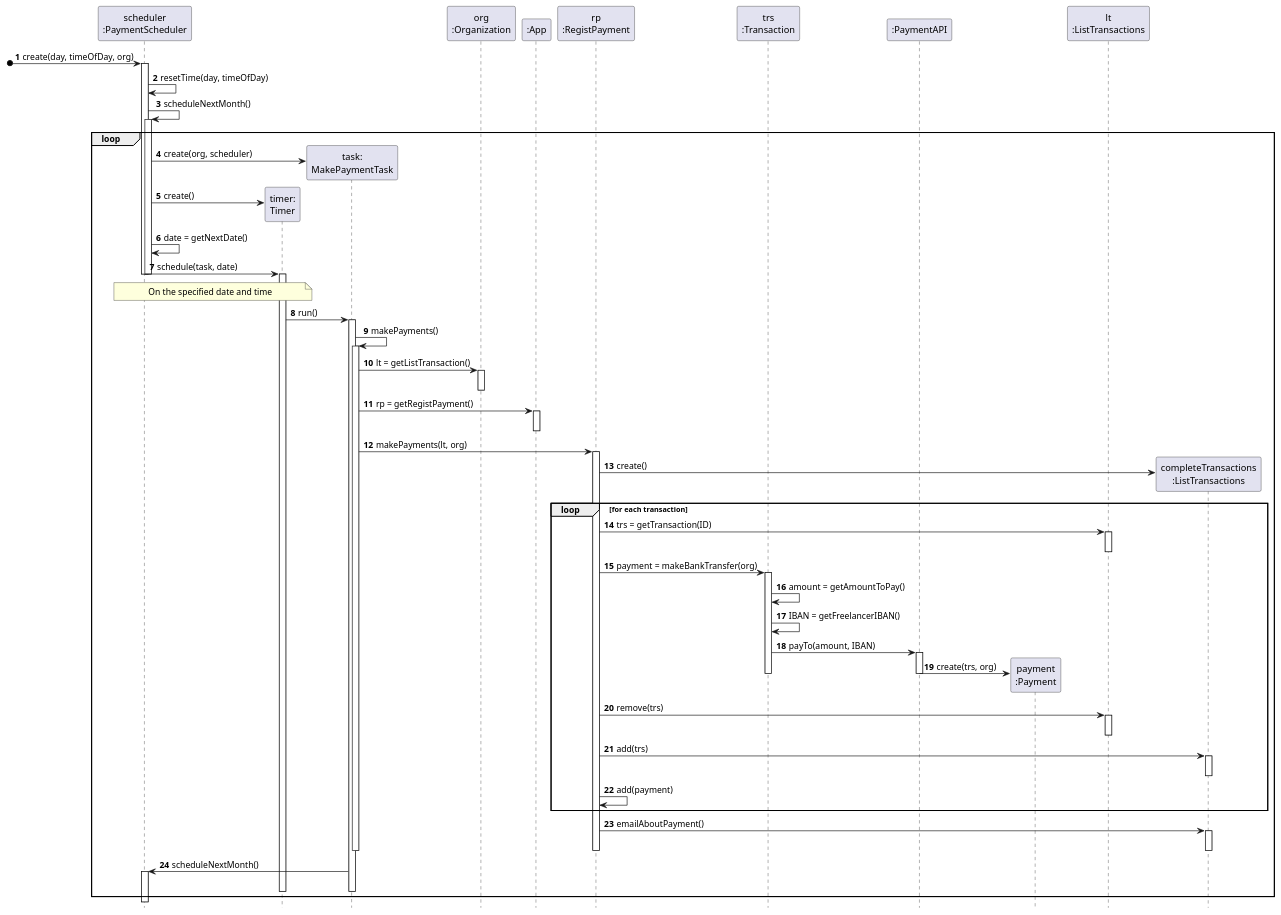
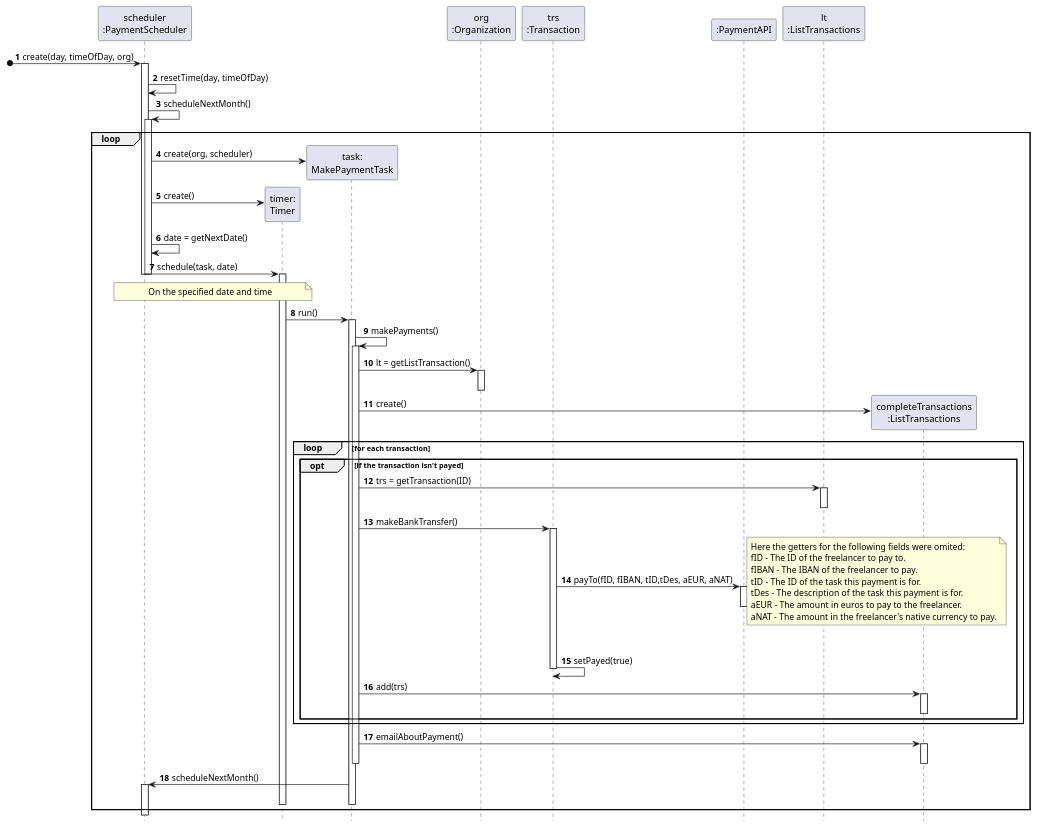
Before and after one commit to botelho-io/lapr2-2020-g029: the diagram in docs/UC_06/SD.puml, drawn with PlantUML. The commit also changed 18 other files, not shown here.

```diff
--- a/docs/UC_06/SD.puml
+++ b/docs/UC_06/SD.puml
@@ -1,77 +1,73 @@
 @startuml SD
 autonumber
 hide footbox
 
 participant "scheduler\n:PaymentScheduler" as SC
 participant "timer:\nTimer" as TIMER
 participant "task:\nMakePaymentTask" as TASK
 participant "org\n:Organization" as org
-participant ":App" as app
-participant "rp\n:RegistPayment" as rp
 participant "trs\n:Transaction" as trs
 participant ":PaymentAPI" as papi
-participant "payment\n:Payment" as pay
 participant "lt\n:ListTransactions" as lt
 participant "completeTransactions\n:ListTransactions" as ct
 
 [o-> SC : create(day, timeOfDay, org)
 activate SC
         SC -> SC : resetTime(day, timeOfDay)
         SC -> SC : scheduleNextMonth()
 loop
         activate SC
                 SC -> TASK**  : create(org, scheduler)
                 SC -> TIMER** : create()
                 SC -> SC : date = getNextDate()
                 SC ->TIMER: schedule(task, date)
         deactivate SC
 deactivate SC
         activate TIMER
                 note over SC,TIMER  : On the specified date and time
                 TIMER->TASK:run()
                 activate TASK
                         TASK->TASK: makePayments()
                         activate TASK
                                 TASK -> org : lt = getListTransaction()
                                 activate org
                                 deactivate org
-                                TASK -> app : rp = getRegistPayment()
-                                activate app
-                                deactivate app
-                                TASK -> rp : makePayments(lt, org)
-                                activate rp
-                                        rp -> ct ** : create()
-                                        loop for each transaction
-                                                rp -> lt : trs = getTransaction(ID)
+                                TASK -> ct ** : create()
+                                loop for each transaction
+                                        opt if the transaction isn't payed
+                                                TASK -> lt : trs = getTransaction(ID)
                                                 activate lt
                                                 deactivate lt
-                                                rp -> trs : payment = makeBankTransfer(org)
+                                                TASK -> trs : makeBankTransfer()
                                                 activate trs
-                                                        trs -> trs: amount = getAmountToPay()
-                                                        trs -> trs: IBAN = getFreelancerIBAN()
-                                                        trs -> papi: payTo(amount, IBAN)
+                                                        trs -> papi: payTo(fID, fIBAN, tID,tDes, aEUR, aNAT)
                                                         activate papi
-                                                                papi -> pay ** : create(trs, org)
                                                         deactivate papi
+                                                        note right
+                                                                Here the getters for the following fields were omited:
+                                                                fID - The ID of the freelancer to pay to.
+                                                                fIBAN - The IBAN of the freelancer to pay.
+                                                                tID - The ID of the task this payment is for.
+                                                                tDes - The description of the task this payment is for.
+                                                                aEUR - The amount in euros to pay to the freelancer.
+                                                                aNAT - The amount in the freelancer's native currency to pay.
+                                                        end note
+                                                        trs -> trs : setPayed(true)
                                                 deactivate trs
-                                                rp -> lt : remove(trs)
-                                                activate lt
-                                                deactivate lt
-                                                rp -> ct : add(trs)
+                                                TASK -> ct : add(trs)
                                                 activate ct
                                                 deactivate ct
-                                                rp -> rp : add(payment)
                                         end
-                                        rp -> ct : emailAboutPayment()
-                                        activate ct
-                                        deactivate ct
-                                deactivate rp
+                                end
+                                TASK -> ct : emailAboutPayment()
+                                activate ct
+                                deactivate ct
                         deactivate TASK
                         TASK -> SC : scheduleNextMonth()
                         activate SC
                 deactivate TASK
         deactivate TIMER
 end
 
 
 @enduml
```
